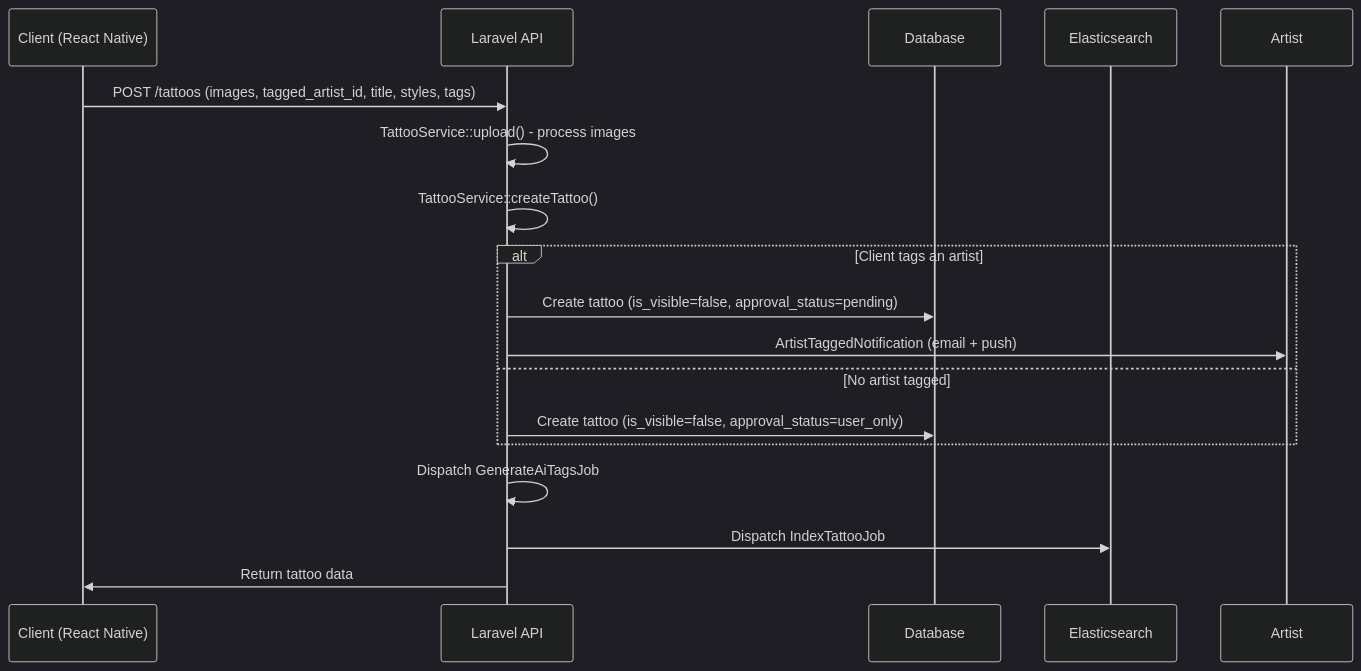
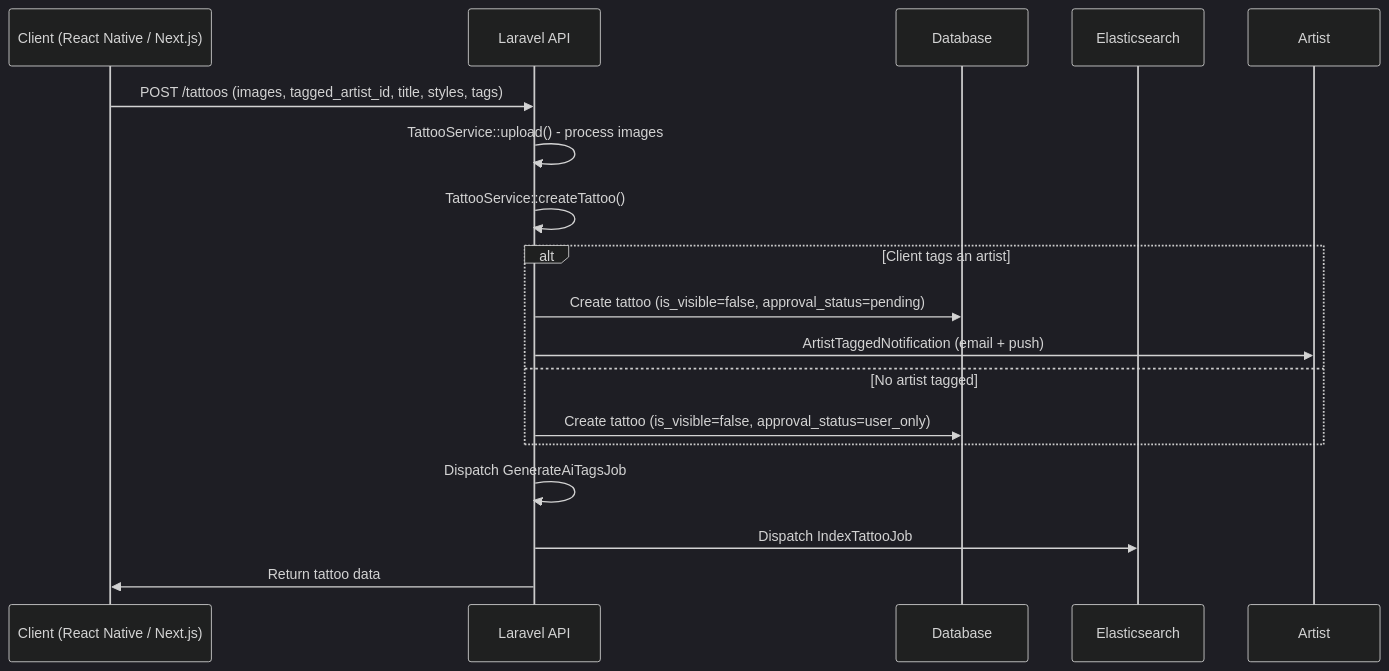
Before and after one commit to Ink-Empire/ink-api: the first of 2 diagrams in docs/flows/tattoo-upload-tag-approval.md, drawn with Mermaid (dark theme). The commit also changed other lines of this file and 1 other file, not shown here.

````diff
--- a/docs/flows/tattoo-upload-tag-approval.md
+++ b/docs/flows/tattoo-upload-tag-approval.md
@@ -21,21 +21,21 @@
 ```mermaid
 sequenceDiagram
-    participant C as Client (React Native)
+    participant C as Client (React Native / Next.js)
     participant API as Laravel API
     participant DB as Database
     participant ES as Elasticsearch
     participant A as Artist
 
     C->>API: POST /tattoos (images, tagged_artist_id, title, styles, tags)
     API->>API: TattooService::upload() - process images
     API->>API: TattooService::createTattoo()
     alt Client tags an artist
         API->>DB: Create tattoo (is_visible=false, approval_status=pending)
         API->>A: ArtistTaggedNotification (email + push)
     else No artist tagged
         API->>DB: Create tattoo (is_visible=false, approval_status=user_only)
     end
     API->>API: Dispatch GenerateAiTagsJob
     API->>ES: Dispatch IndexTattooJob
     API->>C: Return tattoo data
 ```
````
